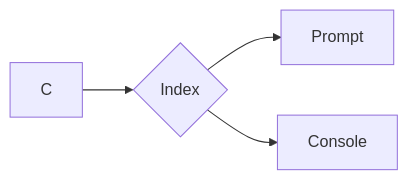
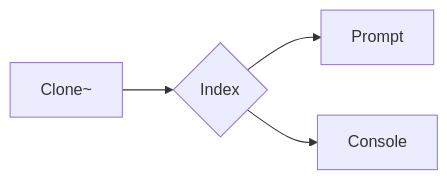
One commit to SauloCandeira/temperature-calculator changed the diagram in readme.md. Above: the diagram before and after it, drawn with Mermaid.

````diff
--- a/readme.md
+++ b/readme.md
@@ -7,8 +7,8 @@
 ```mermaid
 flowchart LR
 
-C --> D{Index}
+C[Clone~] --> D{Index}
 D --> E[Prompt]
 D --> F[Console]
 
 ```
````
